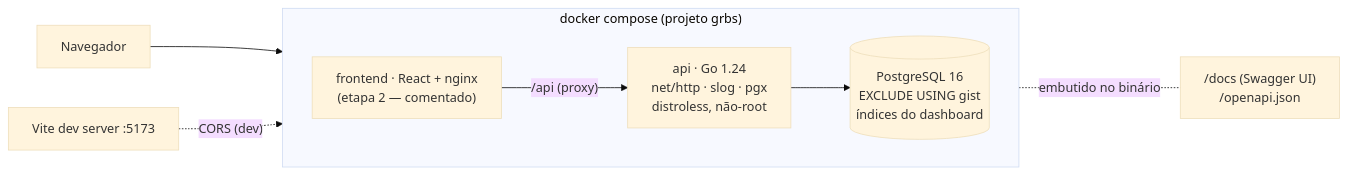
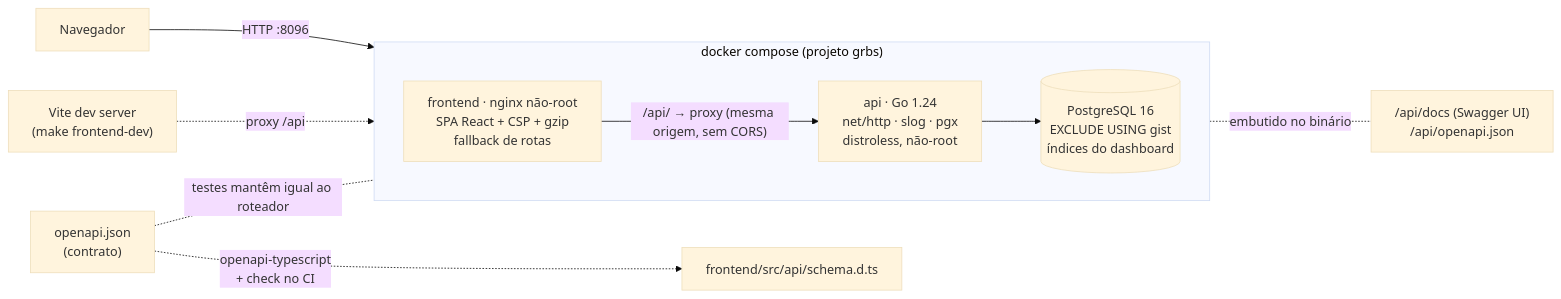
The diagram in README.md (andreccls/go-react-business-suite), drawn with Mermaid (base theme) before and after one commit. The commit also changed other lines of this file and 10 other files, not shown here.

First line of the commit message:
docs: document the frontend (README, English summary, architecture, testing, ADRs 0006-0010) and add a keyboard-only E2E

````diff
--- a/README.md
+++ b/README.md
@@ -38,11 +50,13 @@
 ```mermaid
 flowchart LR
-    U["Navegador"] --> FE
+    U["Navegador"] -- "HTTP :8096" --> FE
     subgraph Stack["docker compose (projeto grbs)"]
         direction LR
-        FE["frontend · React + nginx<br/>(etapa 2 — comentado)"] -- "/api (proxy)" --> API
+        FE["frontend · nginx não-root<br/>SPA React + CSP + gzip<br/>fallback de rotas"] -- "/api/ → proxy (mesma origem, sem CORS)" --> API
         API["api · Go 1.24<br/>net/http · slog · pgx<br/>distroless, não-root"] --> PG[("PostgreSQL 16<br/>EXCLUDE USING gist<br/>índices do dashboard")]
     end
-    DEV["Vite dev server :5173"] -. "CORS (dev)" .-> API
-    API -. "embutido no binário" .- DOCS["/docs (Swagger UI)<br/>/openapi.json"]
+    DEV["Vite dev server<br/>(make frontend-dev)"] -. "proxy /api" .-> API
+    API -. "embutido no binário" .- DOCS["/api/docs (Swagger UI)<br/>/api/openapi.json"]
+    SPEC["openapi.json<br/>(contrato)"] -. "openapi-typescript<br/>+ check no CI" .-> TYPES["frontend/src/api/schema.d.ts"]
+    SPEC -. "testes mantêm igual ao roteador" .- API
 ```
````
